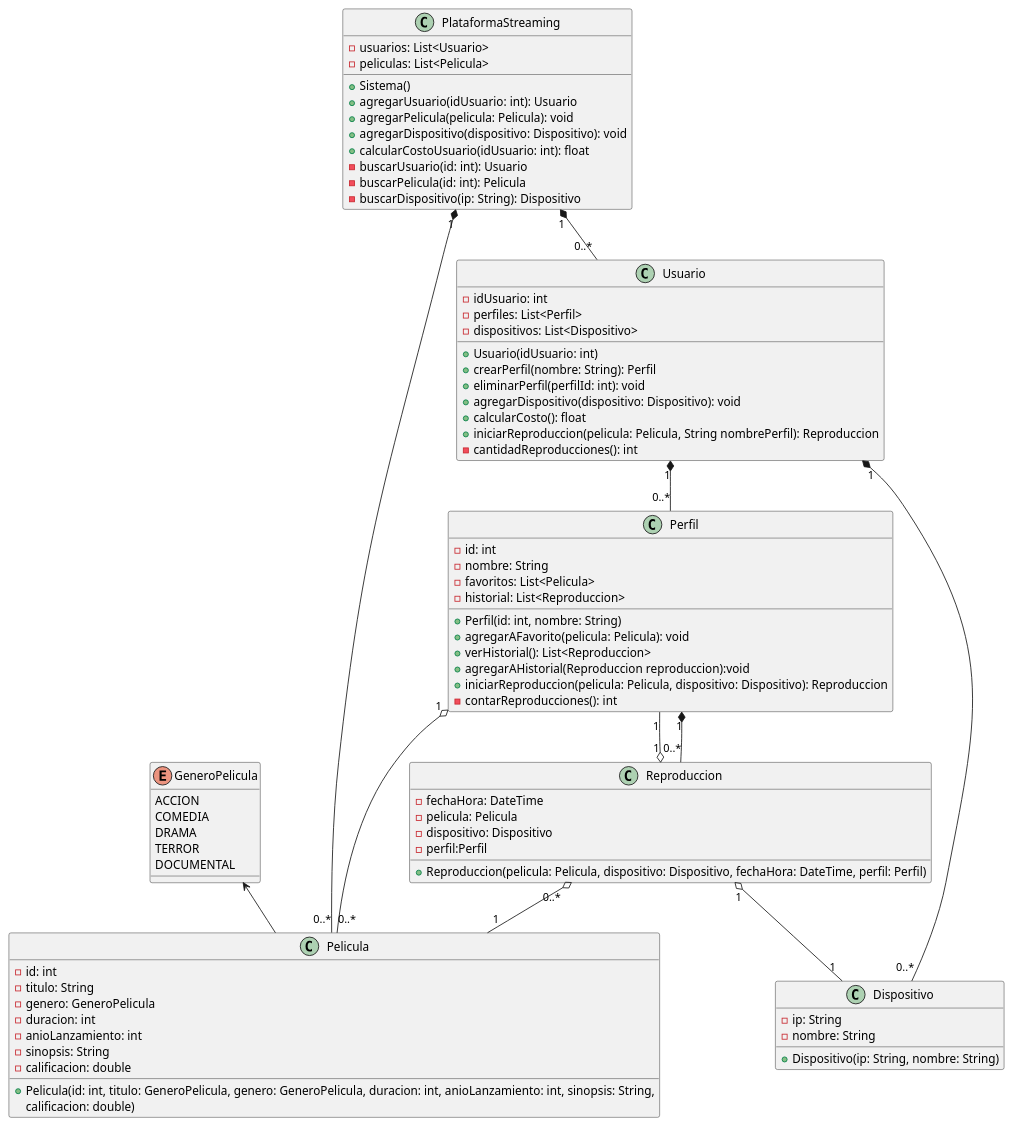
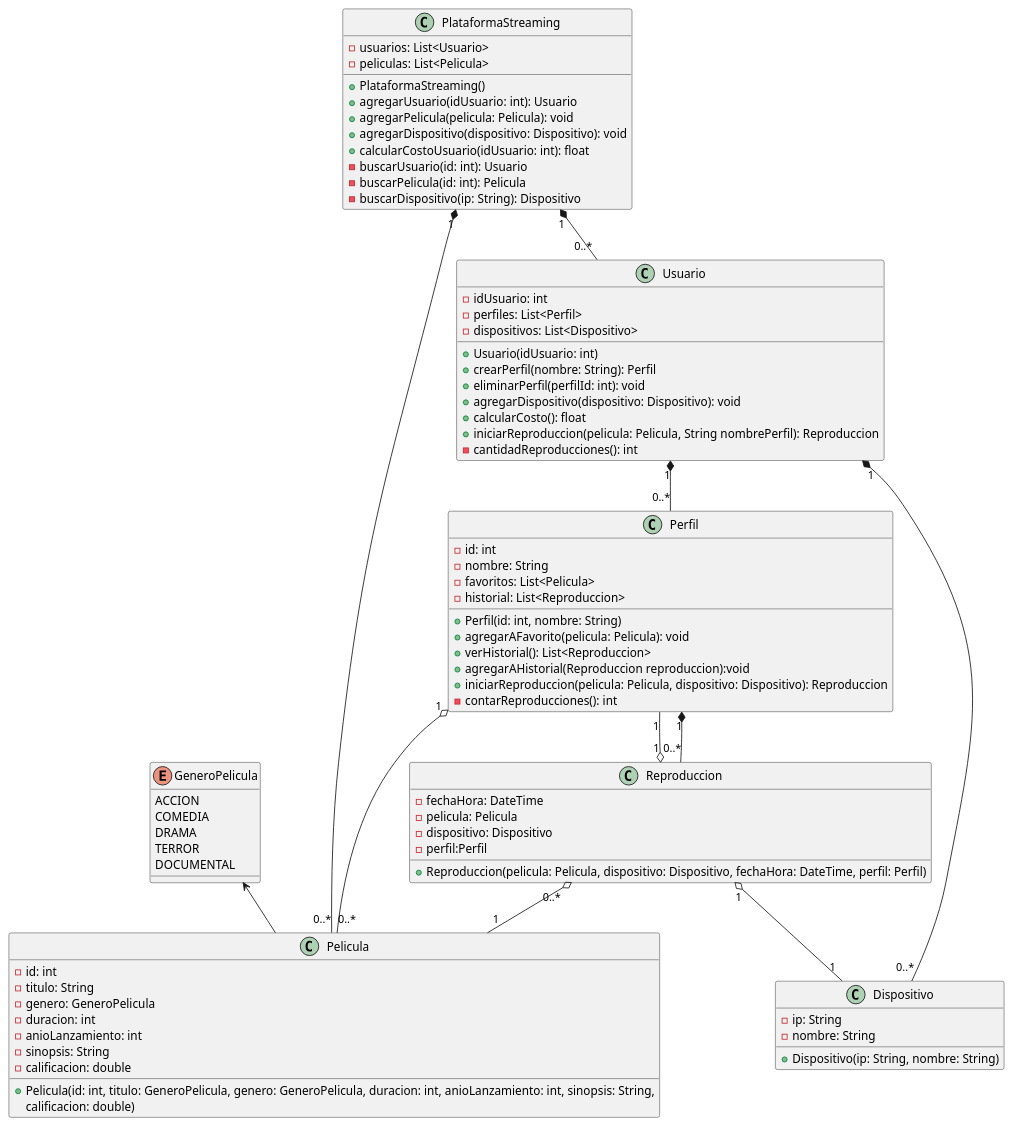
Before and after one commit to bernardoFac/poo_tn_25_1c: the diagram in reformRecu.puml, drawn with PlantUML. The commit also changed 5 other files, not shown here.

```diff
--- a/reformRecu.puml
+++ b/reformRecu.puml
@@ -1,87 +1,87 @@
 @startuml
 enum GeneroPelicula {
   ACCION
   COMEDIA
   DRAMA
   TERROR
   DOCUMENTAL
 }
 GeneroPelicula <-- Pelicula
 class Pelicula {
   - id: int
   - titulo: String
   - genero: GeneroPelicula
   - duracion: int
   - anioLanzamiento: int
   - sinopsis: String
   - calificacion: double
   + Pelicula(id: int, titulo: GeneroPelicula, genero: GeneroPelicula, duracion: int, anioLanzamiento: int, sinopsis: String,
              calificacion: double)
 }
 
 class Usuario {
   - idUsuario: int
   - perfiles: List<Perfil>
   - dispositivos: List<Dispositivo>
   + Usuario(idUsuario: int)
   + crearPerfil(nombre: String): Perfil
   + eliminarPerfil(perfilId: int): void
   + agregarDispositivo(dispositivo: Dispositivo): void
   + calcularCosto(): float
   + iniciarReproduccion(pelicula: Pelicula, String nombrePerfil): Reproduccion
   - cantidadReproducciones(): int
 }
 
 class Perfil {
   - id: int
   - nombre: String
   - favoritos: List<Pelicula>
   - historial: List<Reproduccion>
 
   + Perfil(id: int, nombre: String)
   + agregarAFavorito(pelicula: Pelicula): void
   + verHistorial(): List<Reproduccion>
   +agregarAHistorial(Reproduccion reproduccion):void
   + iniciarReproduccion(pelicula: Pelicula, dispositivo: Dispositivo): Reproduccion
   - contarReproducciones(): int
 }
 
 class Dispositivo {
   - ip: String
   - nombre: String
   + Dispositivo(ip: String, nombre: String)
 }
 
 class Reproduccion {
   - fechaHora: DateTime
   - pelicula: Pelicula
   - dispositivo: Dispositivo
   -perfil:Perfil
   + Reproduccion(pelicula: Pelicula, dispositivo: Dispositivo, fechaHora: DateTime, perfil: Perfil)
 }
 Usuario "1" *-- "0..*" Perfil
 Usuario "1" *-- "0..*" Dispositivo
 Perfil "1" o-- "0..*" Pelicula
 Perfil "1" --o "1" Reproduccion
 Reproduccion "0..*" o-- "1" Pelicula
 Reproduccion "1" o-- "1" Dispositivo
 Perfil "1" *-- "0..*" Reproduccion
 
 class PlataformaStreaming {
   - usuarios: List<Usuario>
   - peliculas: List<Pelicula>
-  + Sistema()
+  + PlataformaStreaming()
   + agregarUsuario(idUsuario: int): Usuario
   + agregarPelicula(pelicula: Pelicula): void
   + agregarDispositivo(dispositivo: Dispositivo): void
   + calcularCostoUsuario(idUsuario: int): float
   - buscarUsuario(id: int): Usuario
   - buscarPelicula(id: int): Pelicula
   - buscarDispositivo(ip: String): Dispositivo
 }
 
 PlataformaStreaming "1" *-- "0..*" Usuario
 PlataformaStreaming "1" *-- "0..*" Pelicula
 
 
 @enduml
```
